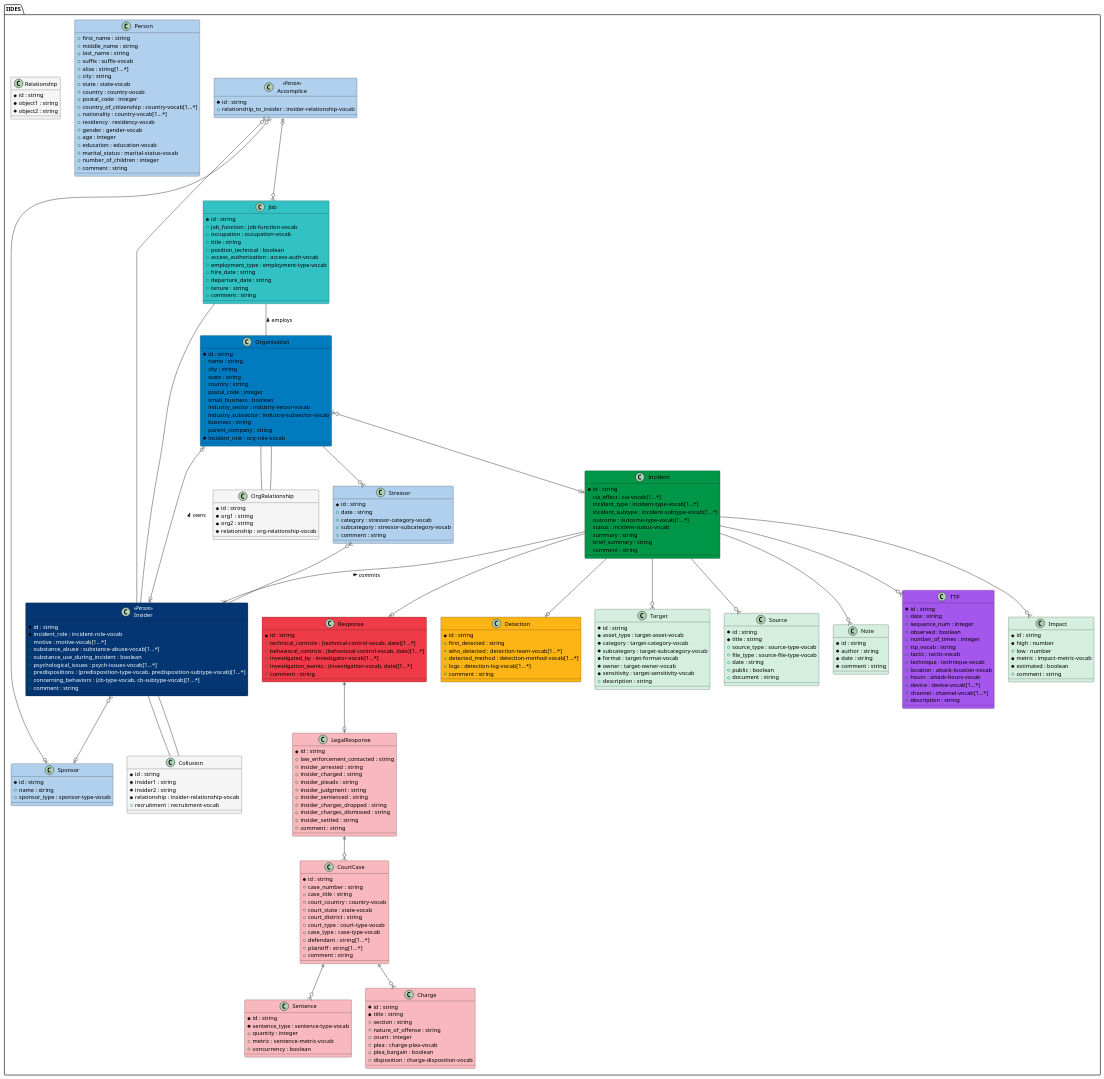
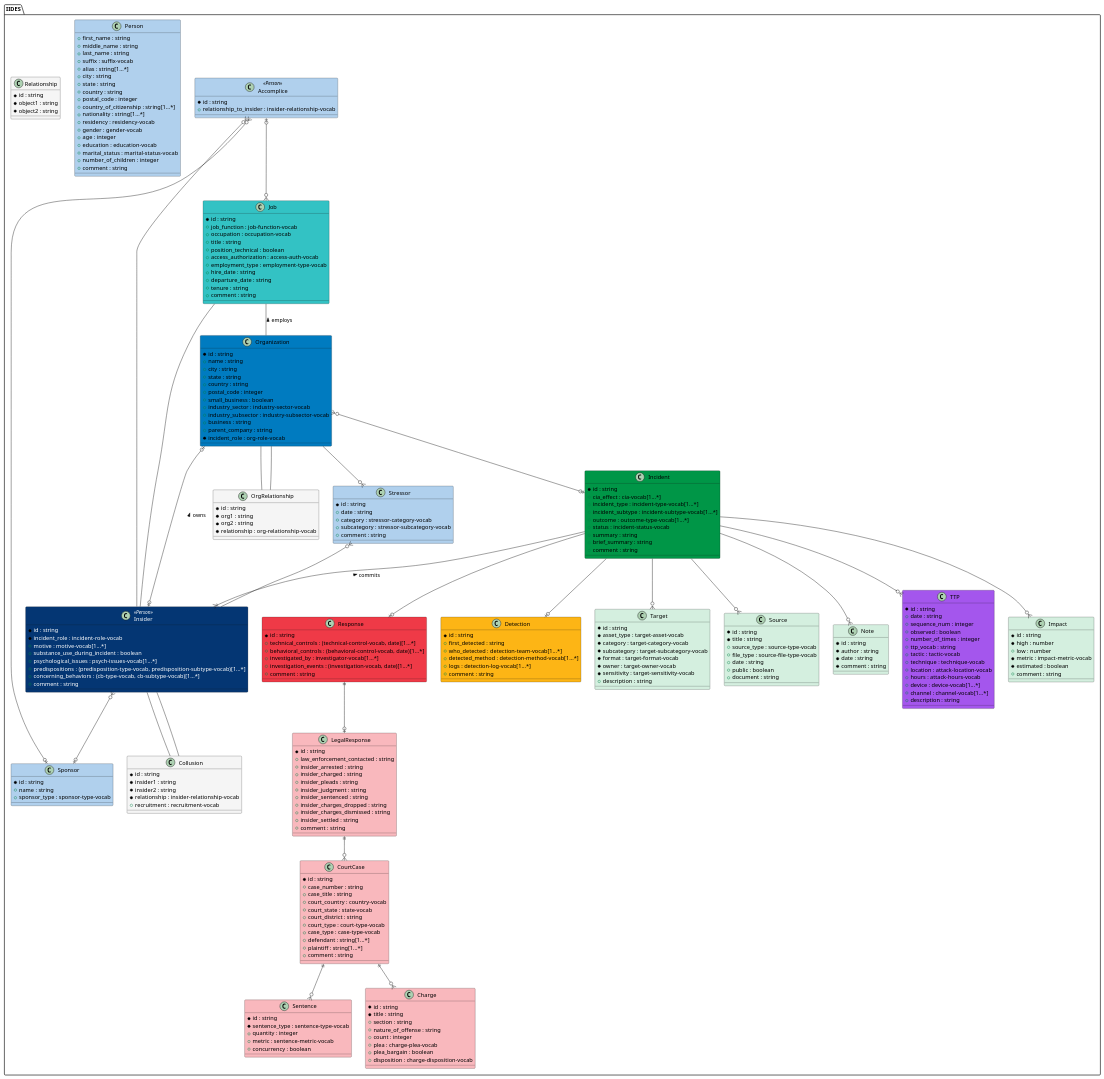
The diagram in UML/source/iides.wsd (cmu-sei/iides), drawn with PlantUML before and after one commit. The commit also changed 4 other files, not shown here.

```diff
--- a/UML/source/iides.wsd
+++ b/UML/source/iides.wsd
@@ -68,11 +68,11 @@
 	+ suffix : suffix-vocab 
 	+ alias : string[1...*] 
 	+ city : string 
-	+ state : state-vocab 
-	+ country : country-vocab 
+	+ state : string 
+	+ country : string 
 	+ postal_code : integer 
-	+ country_of_citizenship : country-vocab[1...*] 
-	+ nationality : country-vocab[1...*] 
+	+ country_of_citizenship : string[1...*] 
+	+ nationality : string[1...*] 
 	+ residency : residency-vocab 
 	+ gender : gender-vocab 
 	+ age : integer 
@@ -171,7 +171,6 @@
 	* id : string 
 	* incident_role : incident-role-vocab 
 	+ motive : motive-vocab[1...*] 
-	+ substance_abuse : substance-abuse-vocab[1...*] 
 	+ substance_use_during_incident : boolean 
 	+ psychological_issues : psych-issues-vocab[1...*] 
 	+ predispositions : ({field} predisposition-type-vocab, predisposition-subtype-vocab)[1...*] 
```
